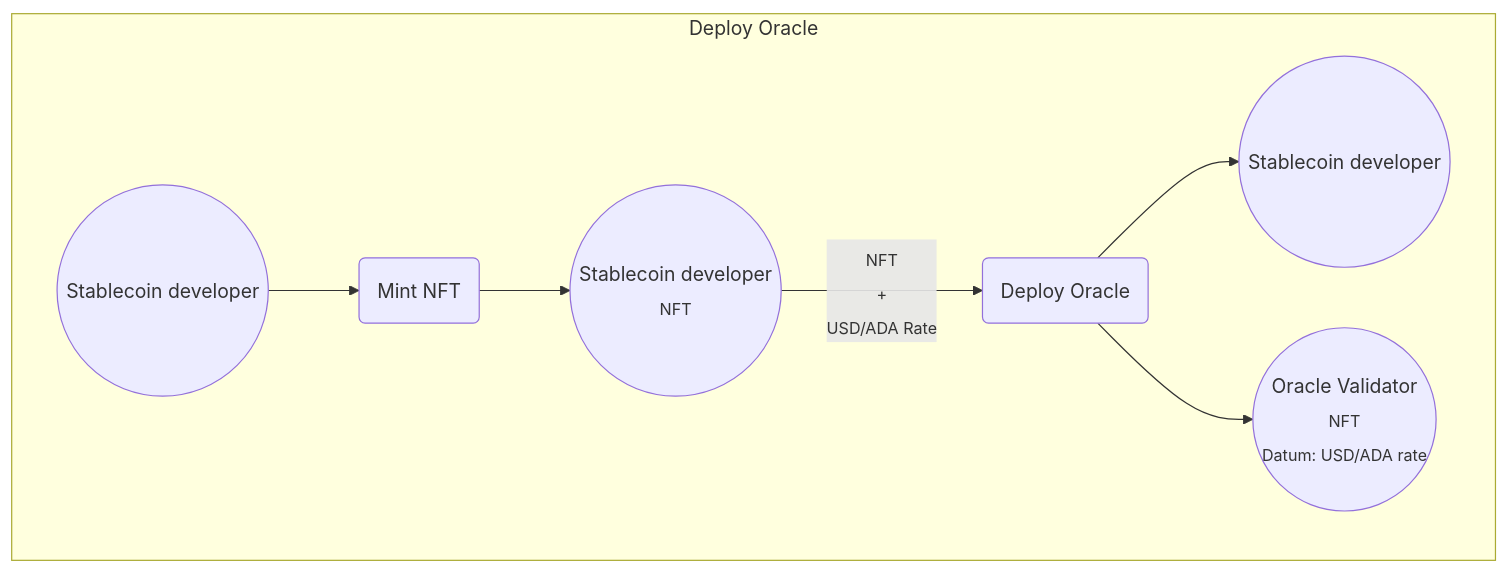
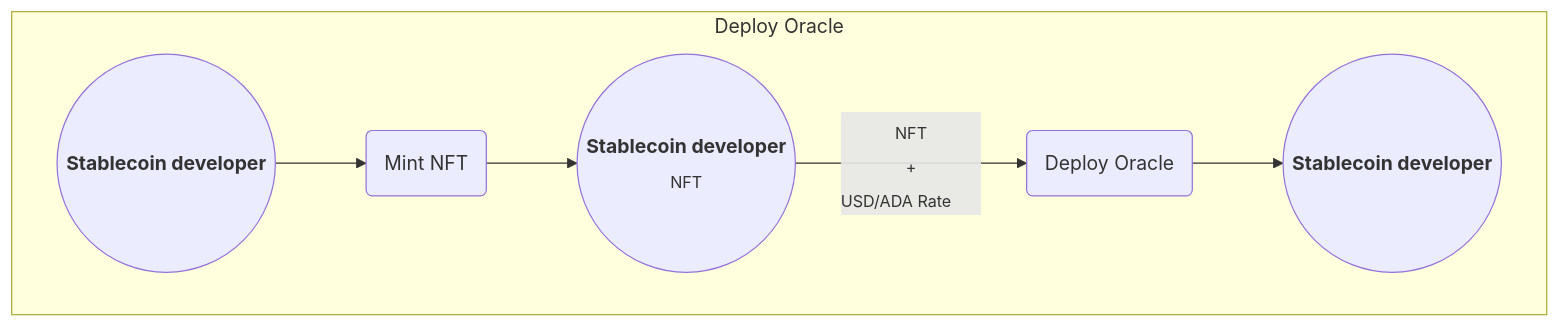
Before and after one commit to input-output-hk/plutus-pioneer-program: the first of 7 diagrams in code/Week09/README.md, drawn with Mermaid. The commit also changed other lines of this file, not shown here.

Commit message:
Fixed weird diagram rendering in GitHub

````diff
--- a/code/Week09/README.md
+++ b/code/Week09/README.md
@@ -25,11 +25,10 @@
 ```mermaid
 flowchart LR
     subgraph Deploy [Deploy Oracle]
     direction LR
-    A1((Stablecoin developer)) --> A2(Mint NFT)
-    A2 --> A3((Stablecoin developer <br> <sub>NFT</sub>))
-    A3 -->|<sub>NFT <br> + <br> USD/ADA Rate</sub>| A4(Deploy Oracle)
-    A4 --> A5((Stablecoin developer))
-    A4 --> A6(("Oracle Validator <br> <sub>NFT <br> Datum: USD/ADA rate</sub>"))
+    A1((<b>Stablecoin developer</b>)) --> A2(Mint NFT)
+    A2 --> A3((<b>Stablecoin developer</b> <br> <sub>NFT</sub>))
+    A3 -->|"<sub>NFT <br> + <br> USD/ADA Rate  &#8199 &#8199</sub>"| A4(Deploy Oracle)
+    A4 --> A5((<b>Stablecoin developer</b>))
     end
 ```
````
